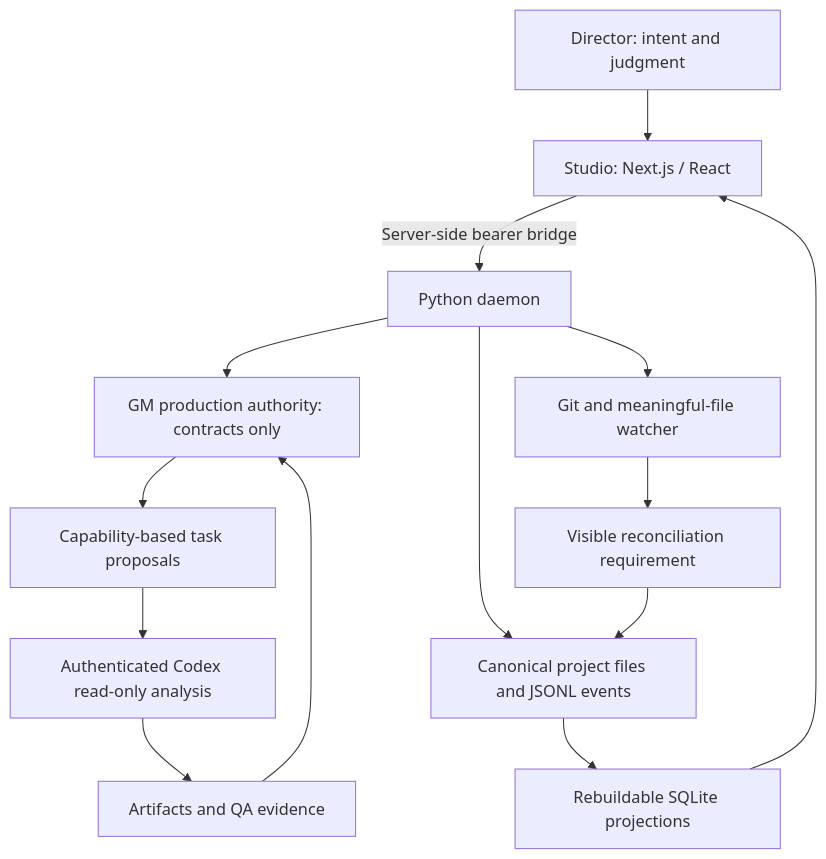
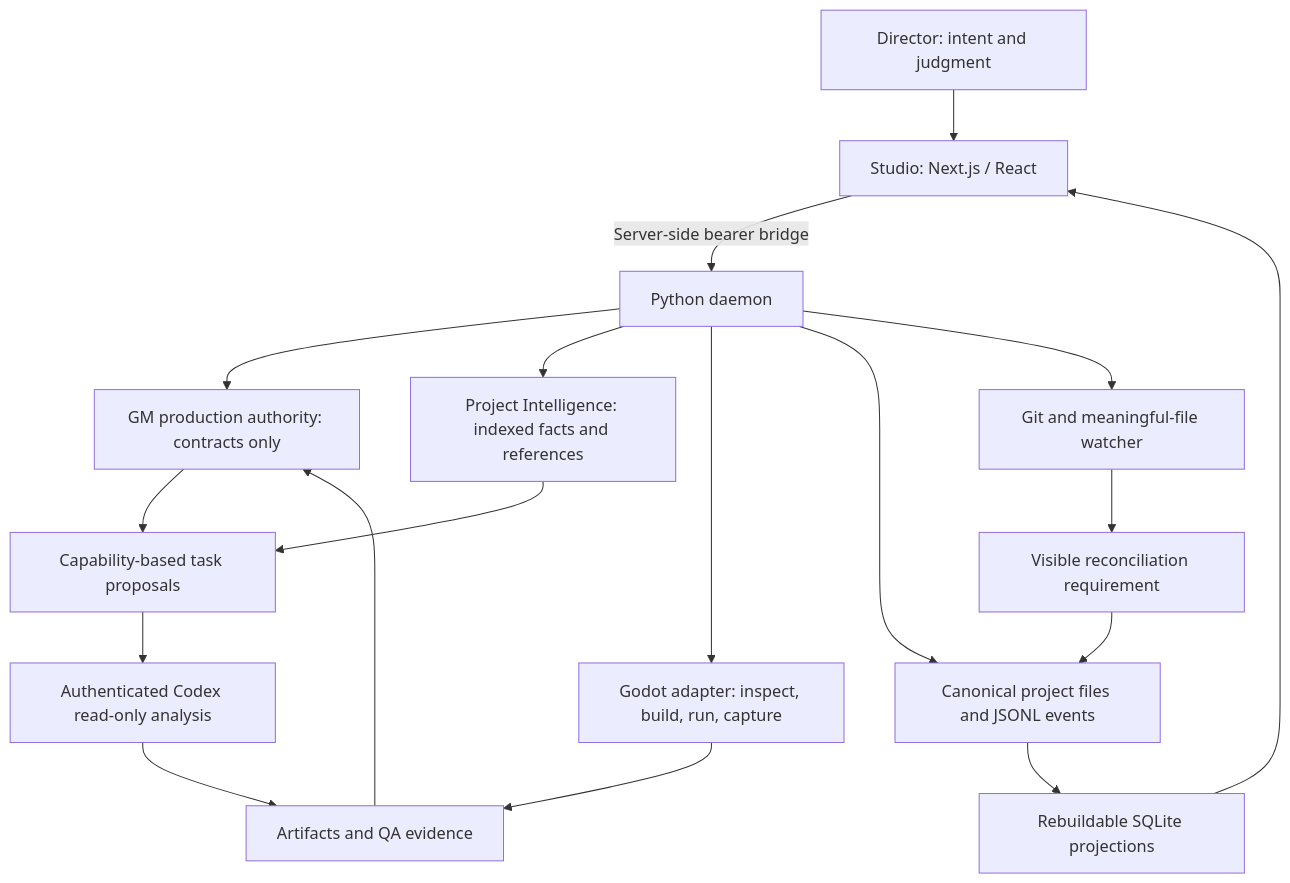
One commit to orenshved/GAN changed the diagram in README.md. Above: the diagram before and after it, drawn with Mermaid. The commit also changed other lines of this file and 42 other files, not shown here.

````diff
--- a/README.md
+++ b/README.md
@@ -17,16 +20,20 @@
 ```mermaid
 flowchart TD
   Human[Director: intent and judgment] --> Studio[Studio: Next.js / React]
   Studio -->|Server-side bearer bridge| Daemon[Python daemon]
   Daemon --> GM[GM production authority: contracts only]
+  Daemon --> Intelligence[Project Intelligence: indexed facts and references]
+  Daemon --> Godot[Godot adapter: inspect, build, run, capture]
   GM --> Tasks[Capability-based task proposals]
+  Intelligence --> Tasks
   Tasks --> Workers[Authenticated Codex read-only analysis]
   Workers --> Evidence[Artifacts and QA evidence]
+  Godot --> Evidence
   Evidence --> GM
   Daemon --> History[Canonical project files and JSONL events]
   Daemon --> Watcher[Git and meaningful-file watcher]
   Watcher --> Reconcile[Visible reconciliation requirement]
   Reconcile --> History
   History --> SQLite[Rebuildable SQLite projections]
   SQLite --> Studio
 ```
````
